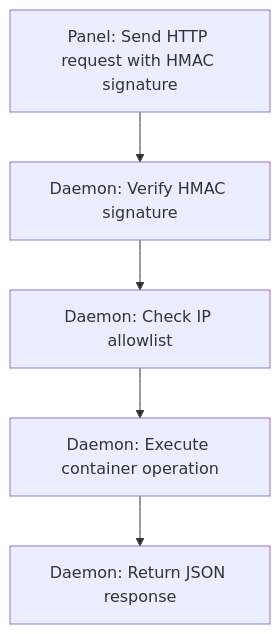
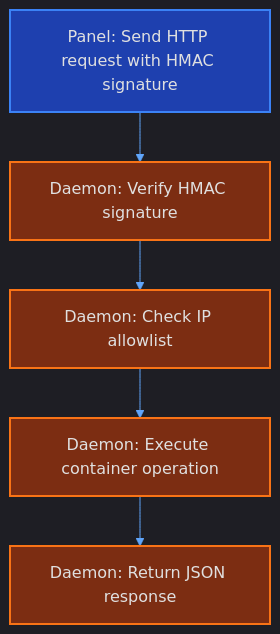
The diagram in data/docs/daemon/overview.md (airlinklabs/airlinklabs), drawn with Mermaid before and after one commit. The commit also changed 10 other files, not shown here.

First line of the commit message:
feat: styled mermaid diagrams with dark theme + centering fix

````diff
--- a/data/docs/daemon/overview.md
+++ b/data/docs/daemon/overview.md
@@ -16,7 +16,14 @@
 ```mermaid
-graph TD
-    A[Panel: Send HTTP request with HMAC signature] --> B[Daemon: Verify HMAC signature]
-    B --> C[Daemon: Check IP allowlist]
-    C --> D[Daemon: Execute container operation]
-    D --> E[Daemon: Return JSON response]
+%%{init: {"theme": "dark", "themeVariables": {"primaryColor": "#1e40af", "primaryTextColor": "#e0e0e0", "primaryBorderColor": "#3b82f6", "lineColor": "#60a5fa", "secondaryColor": "#7c2d12", "tertiaryColor": "#1e3a5f", "fontFamily": "ui-monospace, SF Mono, Fira Code, monospace"}} }%%
+flowchart TD
+    A["Panel: Send HTTP request with HMAC signature"] --> B["Daemon: Verify HMAC signature"]
+    B --> C["Daemon: Check IP allowlist"]
+    C --> D["Daemon: Execute container operation"]
+    D --> E["Daemon: Return JSON response"]
+
+    style A fill:#1e40af,stroke:#3b82f6,color:#e0e0e0,stroke-width:2px
+    style B fill:#7c2d12,stroke:#f97316,color:#e0e0e0,stroke-width:2px
+    style C fill:#7c2d12,stroke:#f97316,color:#e0e0e0,stroke-width:2px
+    style D fill:#7c2d12,stroke:#f97316,color:#e0e0e0,stroke-width:2px
+    style E fill:#7c2d12,stroke:#f97316,color:#e0e0e0,stroke-width:2px
 ```
````
